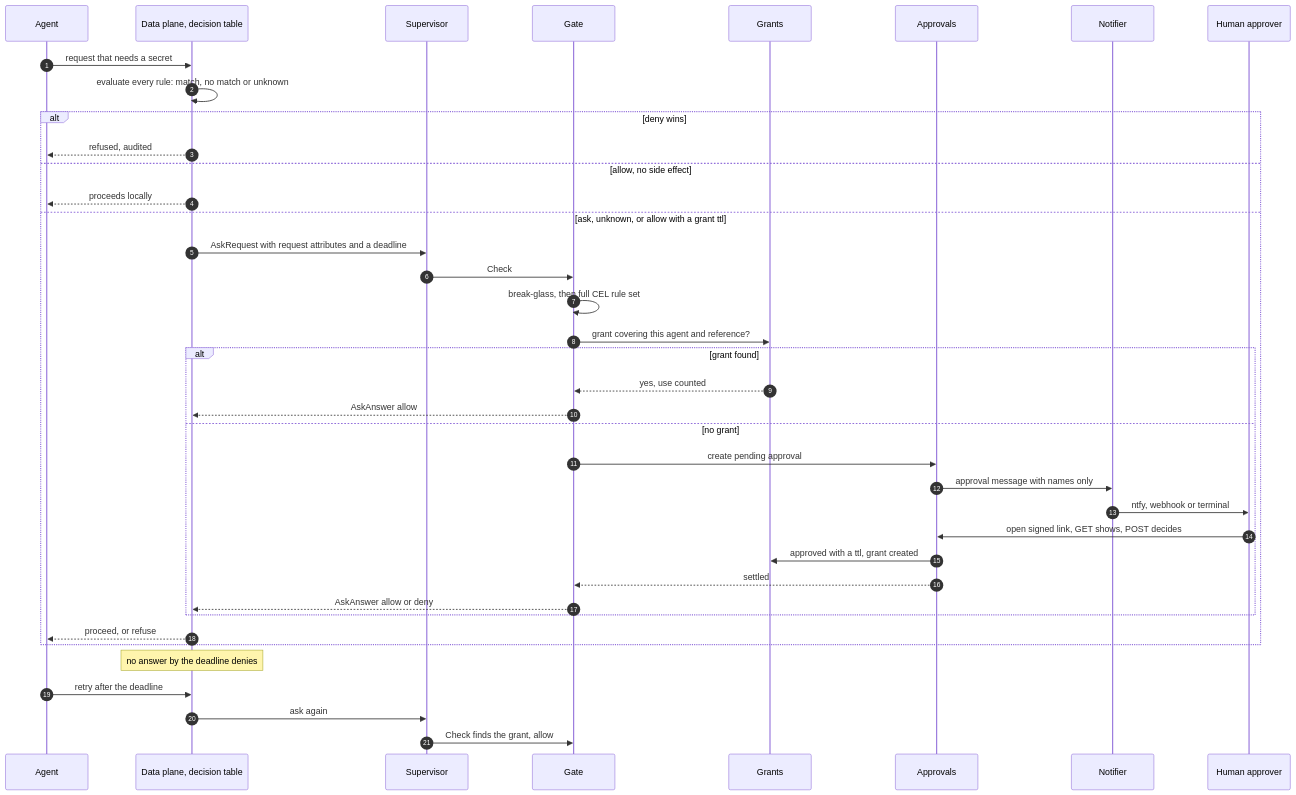
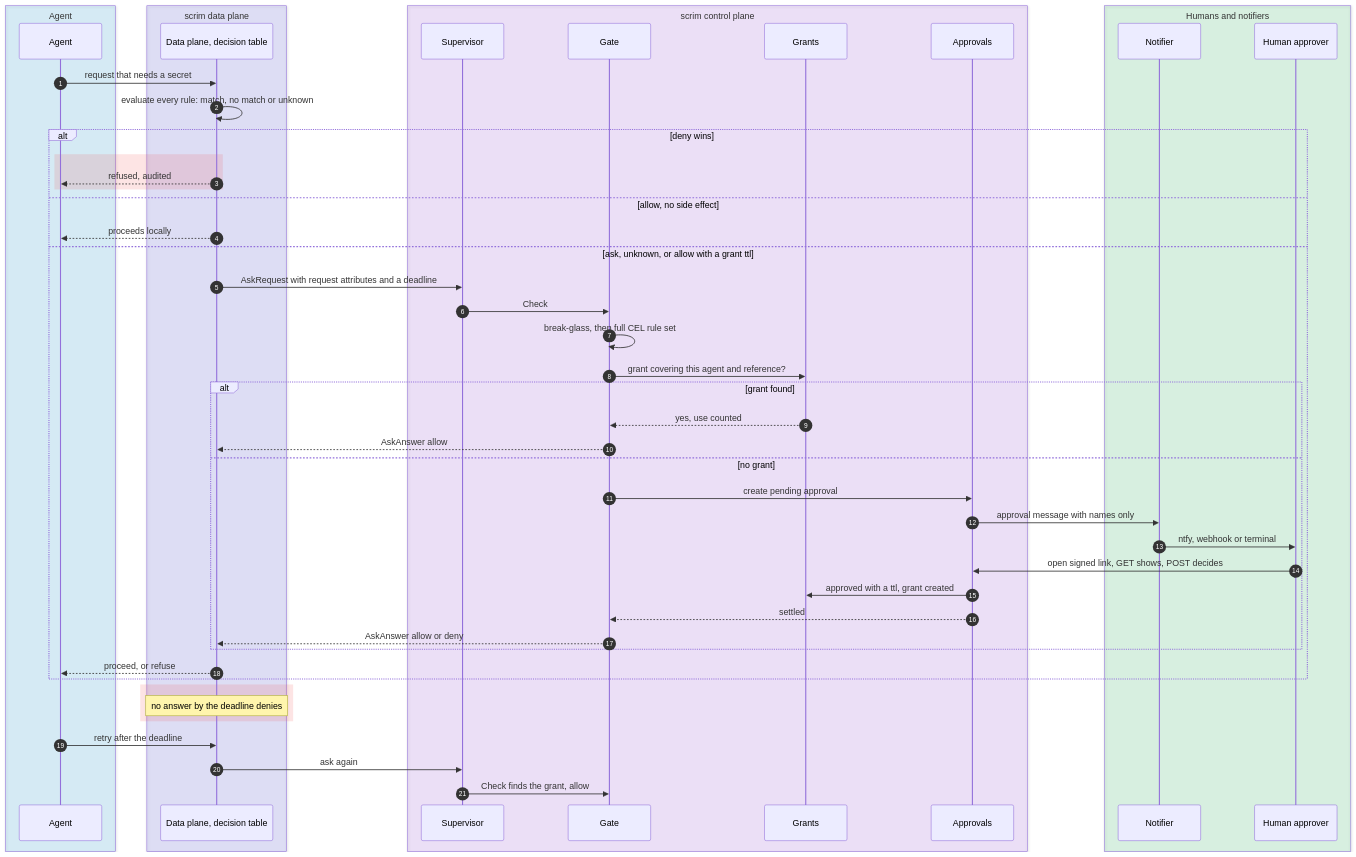
Before and after one commit to Heliopsy/scrim: the fifth of 8 diagrams in docs/architecture.md, drawn with Mermaid. The commit also changed other lines of this file and 6 other files, not shown here.

Commit message:
docs: new scrim logo and colour-coded mermaid diagrams

````diff
--- a/docs/architecture.md
+++ b/docs/architecture.md
@@ -274,42 +341,54 @@
 ```mermaid
 sequenceDiagram
   autonumber
+  box rgba(14,165,233,0.14) Agent
   participant A as Agent
+  end
+  box rgba(99,102,241,0.16) scrim data plane
   participant DP as Data plane, decision table
+  end
+  box rgba(168,85,247,0.14) scrim control plane
   participant SV as Supervisor
   participant GT as Gate
   participant GR as Grants
   participant AP as Approvals
+  end
+  box rgba(34,197,94,0.14) Humans and notifiers
   participant N as Notifier
   participant H as Human approver
+  end
 
   A->>DP: request that needs a secret
   DP->>DP: evaluate every rule: match, no match or unknown
   alt deny wins
-    DP-->>A: refused, audited
+    rect rgba(239,68,68,0.14)
+      DP-->>A: refused, audited
+    end
   else allow, no side effect
     DP-->>A: proceeds locally
   else ask, unknown, or allow with a grant ttl
     DP->>SV: AskRequest with request attributes and a deadline
     SV->>GT: Check
     GT->>GT: break-glass, then full CEL rule set
     GT->>GR: grant covering this agent and reference?
     alt grant found
       GR-->>GT: yes, use counted
       GT-->>DP: AskAnswer allow
     else no grant
       GT->>AP: create pending approval
       AP->>N: approval message with names only
       N->>H: ntfy, webhook or terminal
       H->>AP: open signed link, GET shows, POST decides
       AP->>GR: approved with a ttl, grant created
       AP-->>GT: settled
       GT-->>DP: AskAnswer allow or deny
     end
     DP-->>A: proceed, or refuse
   end
-  Note over DP: no answer by the deadline denies
+  rect rgba(239,68,68,0.14)
+    Note over DP: no answer by the deadline denies
+  end
   A->>DP: retry after the deadline
   DP->>SV: ask again
   SV->>GT: Check finds the grant, allow
 ```
````
